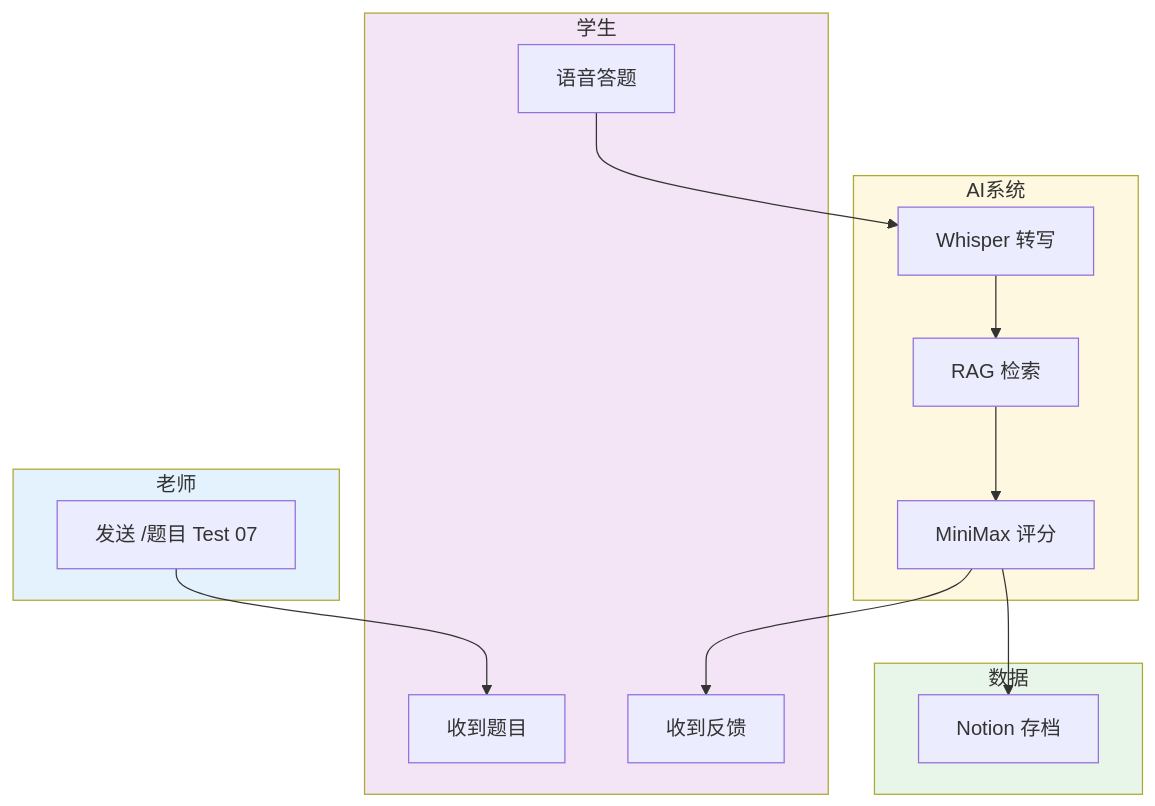
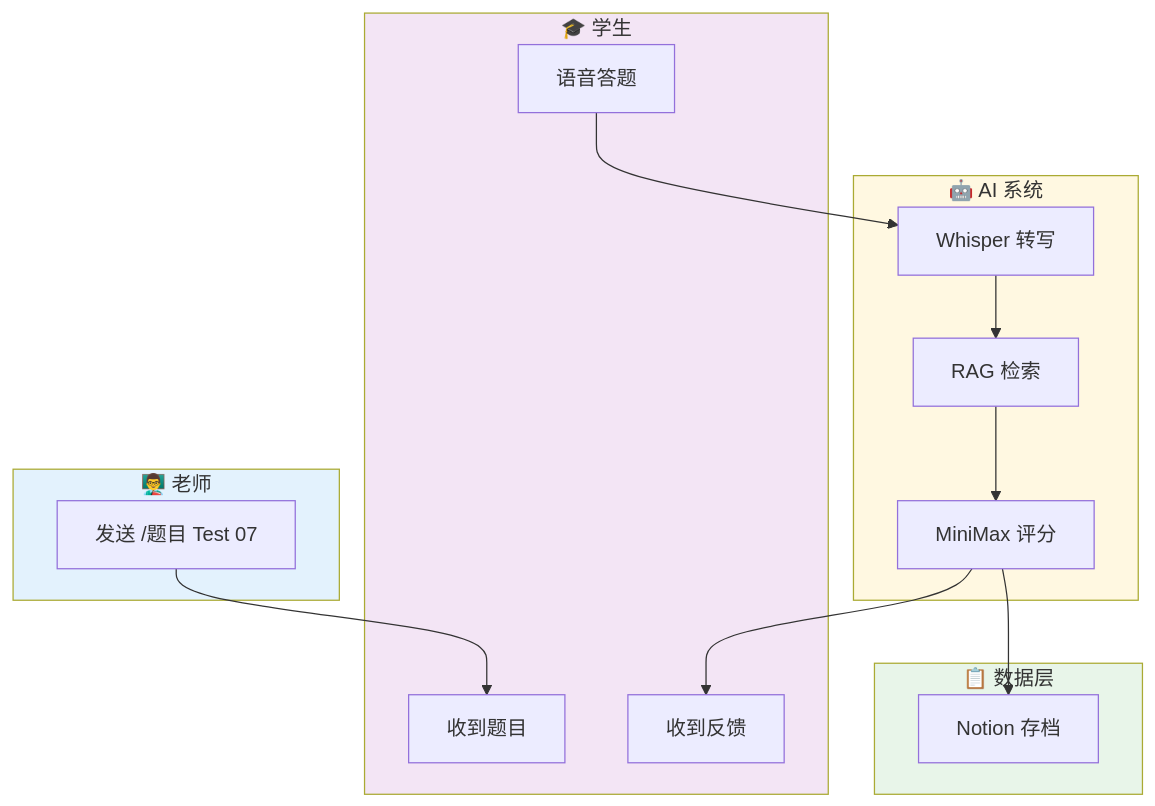
Before and after one commit to KaichenCurry/ielts-speaking-ai: the diagram in README.md, drawn with Mermaid. The commit also changed other lines of this file and 1 other file, not shown here.

First line of the commit message:
Add screenshot placeholders + comprehensive roadmap

````diff
--- a/README.md
+++ b/README.md
@@ -51,32 +51,32 @@
 ```mermaid
 flowchart TD
-    subgraph 老师
+    subgraph 老师["👨‍🏫 老师"]
         A["发送 /题目 Test 07"]
     end
 
-    subgraph 学生
+    subgraph 学生["🎓 学生"]
         B["收到题目"]
         C["语音答题"]
         D["收到反馈"]
     end
 
-    subgraph AI系统
+    subgraph AI系统["🤖 AI 系统"]
         E["Whisper 转写"]
         F["RAG 检索"]
         G["MiniMax 评分"]
     end
 
-    subgraph 数据
+    subgraph 数据["📋 数据层"]
         H["Notion 存档"]
     end
 
     A --> B
     C --> E --> F --> G
     G --> D
     G --> H
 
     style 老师 fill:#e3f2fd
     style 学生 fill:#f3e5f5
     style AI系统 fill:#fff8e1
     style 数据 fill:#e8f5e9
 ```
````
